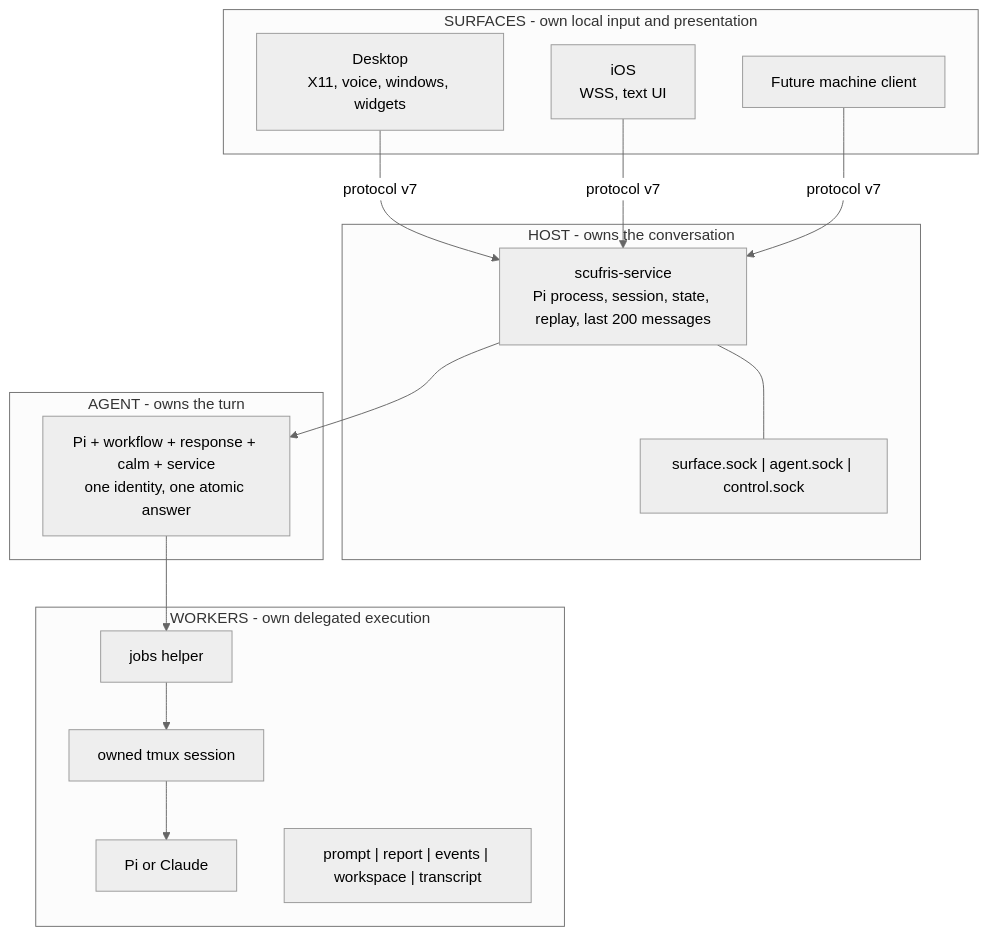
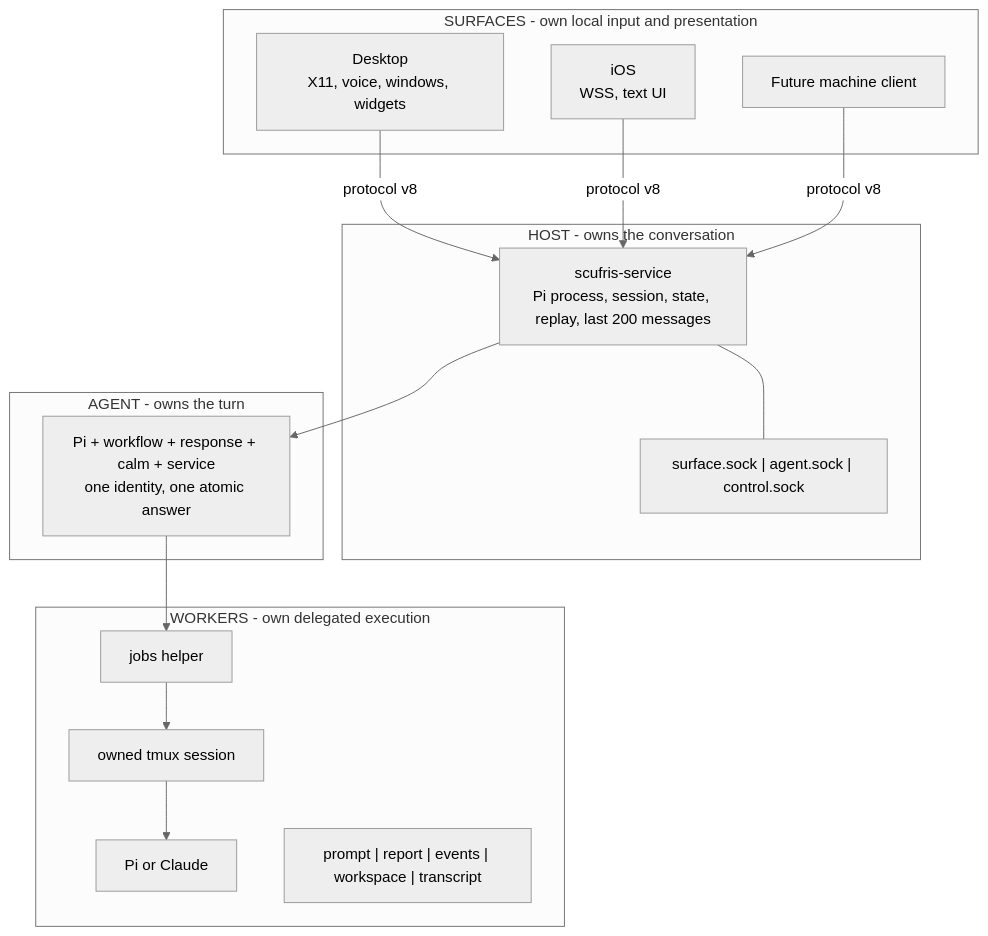
The first of 5 diagrams in docs/src/dev/architecture.md (alexjercan/scufris2), drawn with Mermaid (neutral theme) before and after one commit. The commit also changed other lines of this file and 51 other files, not shown here.

````diff
--- a/docs/src/dev/architecture.md
+++ b/docs/src/dev/architecture.md
@@ -7,25 +7,25 @@
 ```mermaid
 flowchart TB
     subgraph Surfaces["SURFACES - own local input and presentation"]
         Desktop["Desktop<br/>X11, voice, windows, widgets"]
         IOS["iOS<br/>WSS, text UI"]
         Future["Future machine client"]
     end
     subgraph Host["HOST - owns the conversation"]
         Service["scufris-service<br/>Pi process, session, state, replay, last 200 messages"]
         Sockets["surface.sock | agent.sock | control.sock"]
         Service --- Sockets
     end
     subgraph Agent["AGENT - owns the turn"]
         Pi["Pi + workflow + response + calm + service<br/>one identity, one atomic answer"]
     end
     subgraph Workers["WORKERS - own delegated execution"]
         Helper[jobs helper] --> Tmux[owned tmux session] --> Harness[Pi or Claude]
         Durable["prompt | report | events | workspace | transcript"]
     end
-    Desktop -->|protocol v7| Service
-    IOS -->|protocol v7| Service
-    Future -->|protocol v7| Service
+    Desktop -->|protocol v8| Service
+    IOS -->|protocol v8| Service
+    Future -->|protocol v8| Service
     Service --> Pi
     Pi --> Helper
 ```
````
